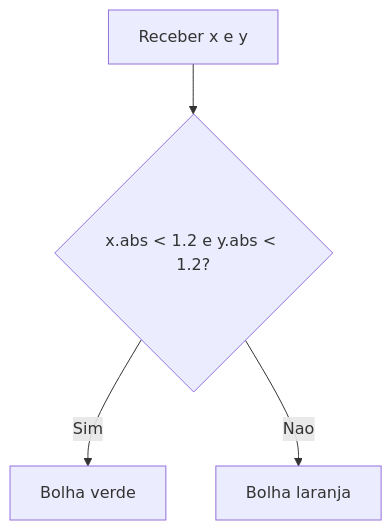
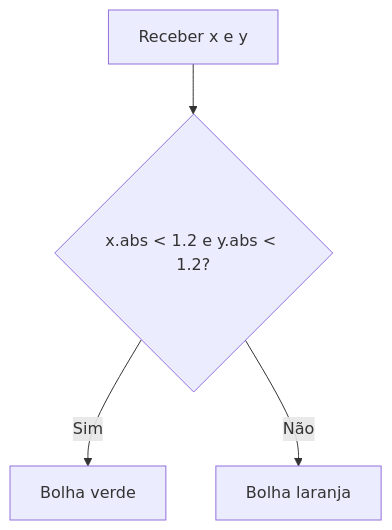
One commit to prof-gustavo-villalta/self changed diagram 16 of 17 in courses/2026-1-DS-Prog-Aplicativos-Mobile-II-Novotec-Noturno/aulas/aula-11.md. Above: the diagram before and after it, drawn with Mermaid. The commit also changed other lines of this file and 6 other files, not shown here.

````diff
--- a/courses/2026-1-DS-Prog-Aplicativos-Mobile-II-Novotec-Noturno/aulas/aula-11.md
+++ b/courses/2026-1-DS-Prog-Aplicativos-Mobile-II-Novotec-Noturno/aulas/aula-11.md
@@ -975,6 +975,6 @@
 ```mermaid
 flowchart TD
     A[Receber x e y] --> B{x.abs < 1.2 e y.abs < 1.2?}
     B -->|Sim| C[Bolha verde]
-    B -->|Nao| D[Bolha laranja]
+    B -->|Não| D[Bolha laranja]
 ```
````
